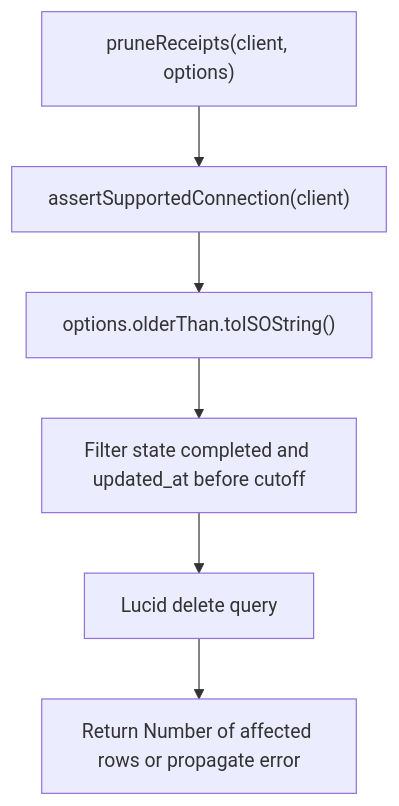
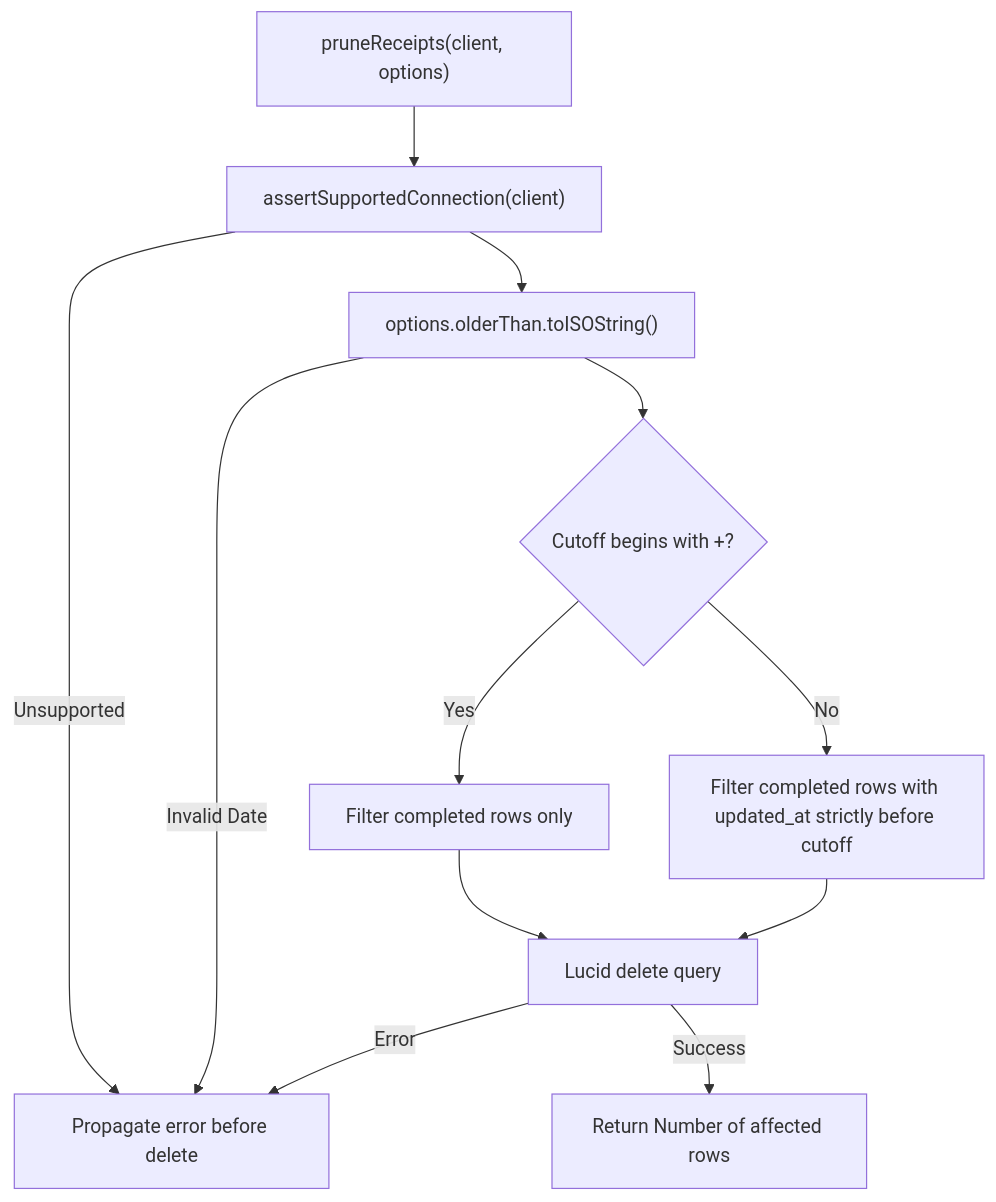
One commit to Kevinjohn/oss-adonisjs-duplicate-request-guard changed the second of 2 diagrams in user-stories/US-GUARD-05-prune-receipts.md. Above: the diagram before and after it, drawn with Mermaid. The commit also changed other lines of this file and 9 other files, not shown here.

````diff
--- a/user-stories/US-GUARD-05-prune-receipts.md
+++ b/user-stories/US-GUARD-05-prune-receipts.md
@@ -34,8 +34,14 @@
 ```mermaid
 flowchart TD
     A["pruneReceipts(client, options)"] --> B["assertSupportedConnection(client)"]
+    B -->|Unsupported| X["Propagate error before delete"]
     B --> C["options.olderThan.toISOString()"]
-    C --> D["Filter state completed and updated_at before cutoff"]
+    C -->|Invalid Date| X
+    C --> V{"Cutoff begins with +?"}
+    V -->|Yes| P["Filter completed rows only"]
+    V -->|No| D["Filter completed rows with updated_at strictly before cutoff"]
+    P --> E
     D --> E["Lucid delete query"]
-    E --> F["Return Number of affected rows or propagate error"]
+    E -->|Success| F["Return Number of affected rows"]
+    E -->|Error| X
 ```
````
